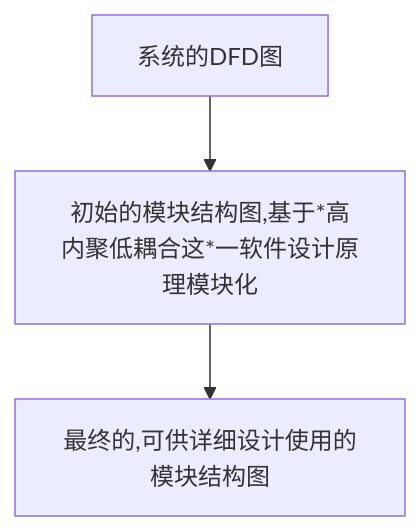
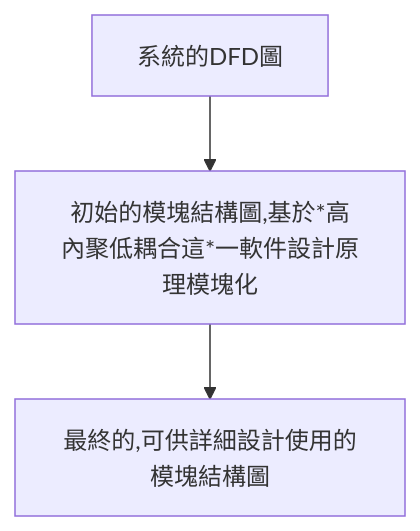
The fifth of 7 diagrams in _posts/2022-07-04-02333-software_engineer.md (chchoiw/chchoiw.github.io), drawn with Mermaid before and after one commit. The commit also changed other lines of this file, not shown here.

````diff
--- a/_posts/2022-07-04-02333-software_engineer.md
+++ b/_posts/2022-07-04-02333-software_engineer.md
@@ -360,8 +360,8 @@
 ```mermaid
 graph TB
-id1[系统的DFD图]
-id2[初始的模块结构图,基于*高内聚低耦合这*一软件设计原理模块化]
-id3[最终的,可供详细设计使用的模块结构图]
+id1[系統的DFD圖]
+id2[初始的模塊結構圖,基於*高內聚低耦合這*一軟件設計原理模塊化]
+id3[最終的,可供詳細設計使用的模塊結構圖]
 id1-->id2
 id2-->id3
 ```
````
